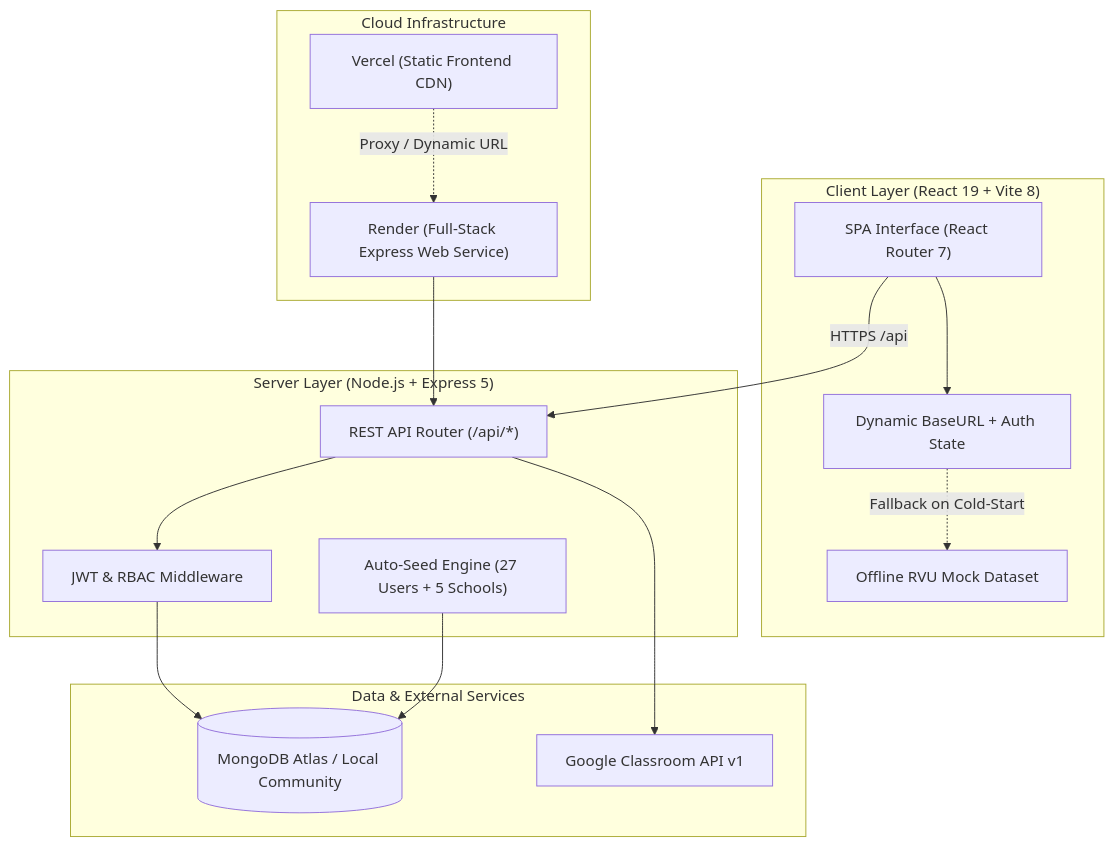
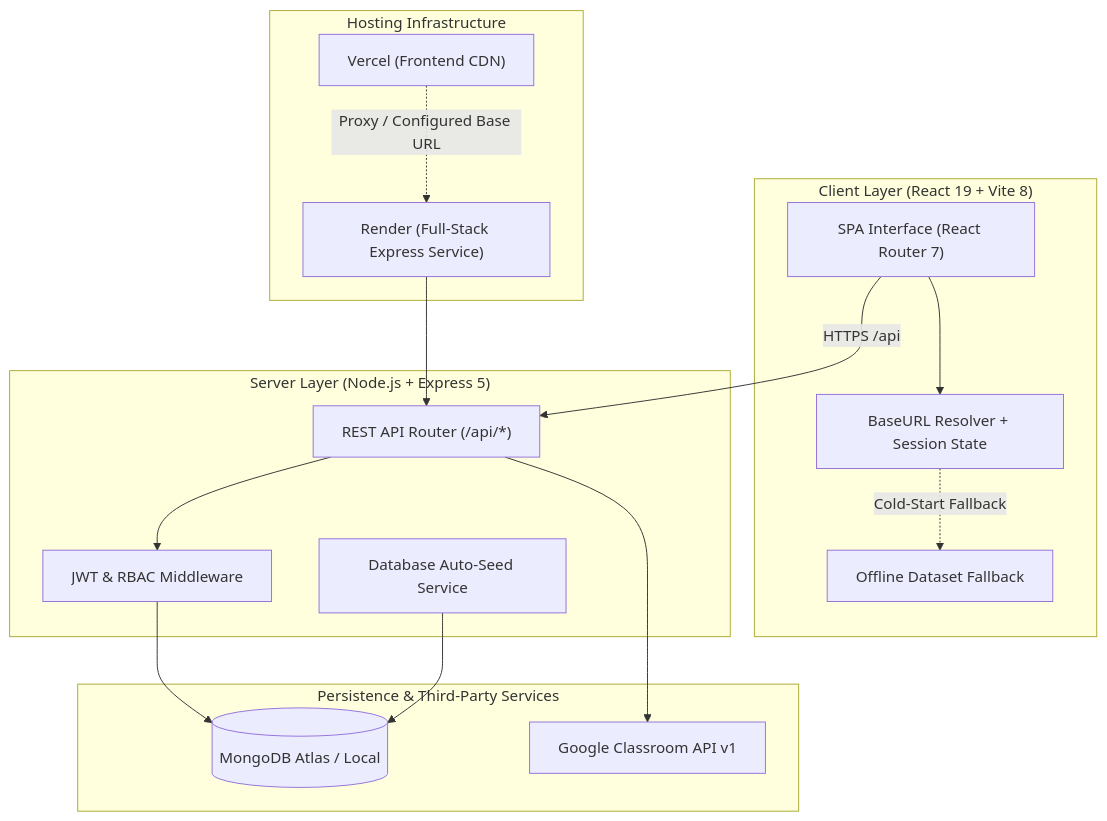
Before and after one commit to nish-debug15/campus-connect-portal: the diagram in README.md, drawn with Mermaid. The commit also changed other lines of this file, not shown here.

````diff
--- a/README.md
+++ b/README.md
@@ -52,34 +18,34 @@
 ```mermaid
 flowchart TD
     subgraph Client ["Client Layer (React 19 + Vite 8)"]
         UI["SPA Interface (React Router 7)"]
-        State["Dynamic BaseURL + Auth State"]
-        MockData["Offline RVU Mock Dataset"]
+        State["BaseURL Resolver + Session State"]
+        MockData["Offline Dataset Fallback"]
         UI --> State
-        State -.->|Fallback on Cold-Start| MockData
+        State -.->|Cold-Start Fallback| MockData
     end
 
-    subgraph Hosting ["Cloud Infrastructure"]
-        Vercel["Vercel (Static Frontend CDN)"]
-        Render["Render (Full-Stack Express Web Service)"]
+    subgraph Hosting ["Hosting Infrastructure"]
+        Vercel["Vercel (Frontend CDN)"]
+        Render["Render (Full-Stack Express Service)"]
     end
 
     subgraph Server ["Server Layer (Node.js + Express 5)"]
         API["REST API Router (/api/*)"]
         AuthMid["JWT & RBAC Middleware"]
-        Seed["Auto-Seed Engine (27 Users + 5 Schools)"]
+        Seed["Database Auto-Seed Service"]
         API --> AuthMid
     end
 
-    subgraph Database ["Data & External Services"]
-        Mongo[("MongoDB Atlas / Local Community")]
+    subgraph Storage ["Persistence & Third-Party Services"]
+        Mongo[("MongoDB Atlas / Local")]
         GClassroom["Google Classroom API v1"]
     end
 
     UI -->|HTTPS /api| API
     Render --> API
-    Vercel -.->|Proxy / Dynamic URL| Render
+    Vercel -.->|Proxy / Configured Base URL| Render
     AuthMid --> Mongo
     API --> GClassroom
     Seed --> Mongo
 ```
````
